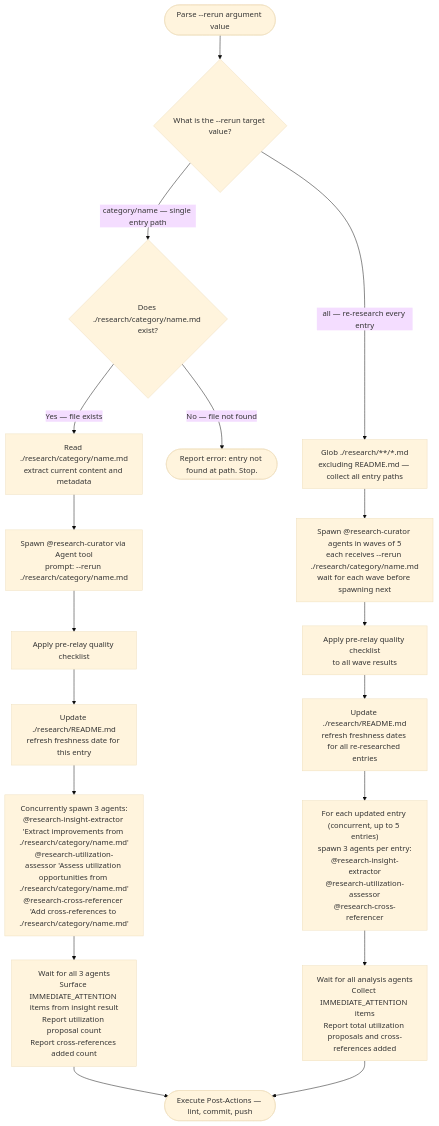
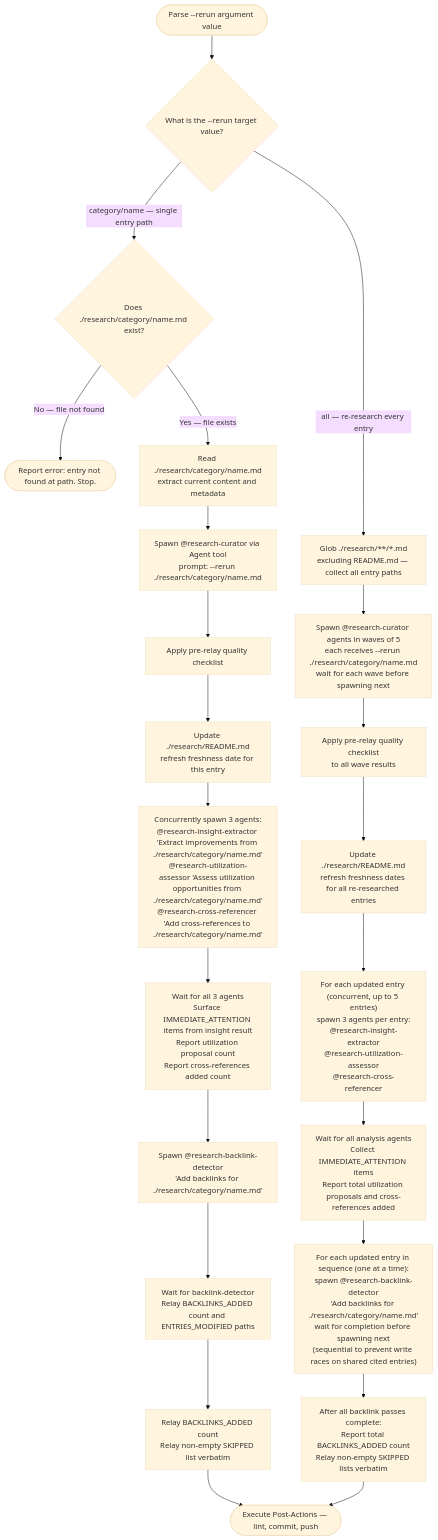
Before and after one commit to chgreer1070/claude_skills: the second of 3 diagrams in .claude/skills/research-curator/SKILL.md, drawn with Mermaid (base theme). The commit also changed other lines of this file and 1 other file, not shown here.

Commit message:
feat(research-curator): wire research-backlink-detector as post-cross-referencer pass (#2130)

````diff
--- a/.claude/skills/research-curator/SKILL.md
+++ b/.claude/skills/research-curator/SKILL.md
@@ -220,20 +233,25 @@
 ```mermaid
 flowchart TD
     Start(["Parse --rerun argument value"]) --> Q{"What is the --rerun target value?"}
     Q -->|"category/name — single entry path"| VerifyFile{"Does ./research/category/name.md exist?"}
     Q -->|"all — re-research every entry"| FindAll["Glob ./research/**/*.md<br>excluding README.md — collect all entry paths"]
     VerifyFile -->|"No — file not found"| Missing(["Report error: entry not found at path. Stop."])
     VerifyFile -->|"Yes — file exists"| ReadFile["Read ./research/category/name.md<br>extract current content and metadata"]
     ReadFile --> Spawn1["Spawn @research-curator via Agent tool<br>prompt: --rerun ./research/category/name.md"]
     Spawn1 --> RelayCheck1["Apply pre-relay quality checklist"]
     RelayCheck1 --> UpdateDate["Update ./research/README.md<br>refresh freshness date for this entry"]
     FindAll --> WaveSpawn["Spawn @research-curator agents in waves of 5<br>each receives --rerun ./research/category/name.md<br>wait for each wave before spawning next"]
     WaveSpawn --> RelayCheck2["Apply pre-relay quality checklist<br>to all wave results"]
     RelayCheck2 --> UpdateDates["Update ./research/README.md<br>refresh freshness dates for all re-researched entries"]
     UpdateDate --> SpawnAnalysis1["Concurrently spawn 3 agents:<br>@research-insight-extractor 'Extract improvements from ./research/category/name.md'<br>@research-utilization-assessor 'Assess utilization opportunities from ./research/category/name.md'<br>@research-cross-referencer 'Add cross-references to ./research/category/name.md'"]
     SpawnAnalysis1 --> WaitAnalysis1["Wait for all 3 agents<br>Surface IMMEDIATE_ATTENTION items from insight result<br>Report utilization proposal count<br>Report cross-references added count"]
-    WaitAnalysis1 --> PostActions(["Execute Post-Actions — lint, commit, push"])
+    WaitAnalysis1 --> SpawnBacklinks1["Spawn @research-backlink-detector<br>'Add backlinks for ./research/category/name.md'"]
+    SpawnBacklinks1 --> WaitBacklinks1["Wait for backlink-detector<br>Relay BACKLINKS_ADDED count and ENTRIES_MODIFIED paths"]
+    WaitBacklinks1 --> RelayBacklinks1["Relay BACKLINKS_ADDED count<br>Relay non-empty SKIPPED list verbatim"]
+    RelayBacklinks1 --> PostActions(["Execute Post-Actions — lint, commit, push"])
     UpdateDates --> SpawnAnalysisN["For each updated entry (concurrent, up to 5 entries)<br>spawn 3 agents per entry:<br>@research-insight-extractor<br>@research-utilization-assessor<br>@research-cross-referencer"]
     SpawnAnalysisN --> WaitAnalysisN["Wait for all analysis agents<br>Collect IMMEDIATE_ATTENTION items<br>Report total utilization proposals and cross-references added"]
-    WaitAnalysisN --> PostActions
+    WaitAnalysisN --> SpawnBacklinksN["For each updated entry in sequence (one at a time):<br>spawn @research-backlink-detector<br>'Add backlinks for ./research/category/name.md'<br>wait for completion before spawning next<br>(sequential to prevent write races on shared cited entries)"]
+    SpawnBacklinksN --> WaitBacklinksN["After all backlink passes complete:<br>Report total BACKLINKS_ADDED count<br>Relay non-empty SKIPPED lists verbatim"]
+    WaitBacklinksN --> PostActions
 ```
````
